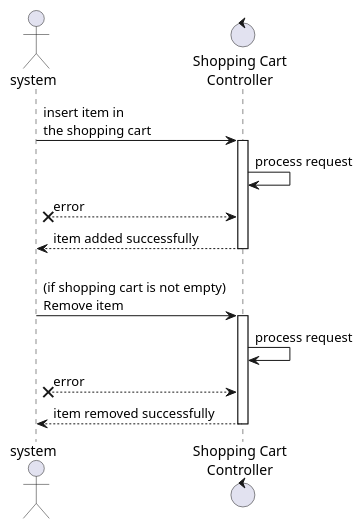
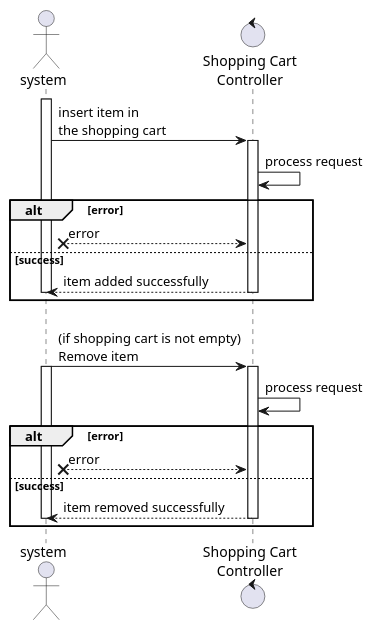
The diagram in src/main/java/unipa/fooddelivery/diagrams/sequence/system/shoppingCart.wsd (TommasoScalici/FoodDelivery), drawn with PlantUML before and after one commit. The commit also changed 13 other files, not shown here.

Commit message:
definitive fix of all sequence diagram present on the relation

```diff
--- a/src/main/java/unipa/fooddelivery/diagrams/sequence/system/shoppingCart.wsd
+++ b/src/main/java/unipa/fooddelivery/diagrams/sequence/system/shoppingCart.wsd
@@ -1,22 +1,34 @@
-@startuml orderProcessing
+@startuml shoppingcart
 
 actor system
 control "Shopping Cart\nController" as shopController
 
-system -> shopController: insert item in\nthe shopping cart
+activate system
 
-activate shopController
-shopController -> shopController : process request
-system x-- shopController : error
-system <-- shopController : item added successfully
-deactivate shopController
+    system -> shopController: insert item in\nthe shopping cart
 
-system -> shopController : \n(if shopping cart is not empty)\nRemove item
+    activate shopController
+    shopController -> shopController : process request
+    alt error
+    system x-- shopController : error
+    else success
+    system <-- shopController : item added successfully
+    deactivate shopController
+deactivate system
+    end
 
-activate shopController
-shopController -> shopController : process request
-system x-- shopController : error
-system <-- shopController : item removed successfully
-deactivate shopController
+
+    system -> shopController : \n(if shopping cart is not empty)\nRemove item
+activate system
+    activate shopController
+    shopController -> shopController : process request
+    alt error
+    system x-- shopController : error
+    else success
+    system <-- shopController : item removed successfully
+    deactivate shopController
+deactivate system
+    end
+
 
 @enduml
```
